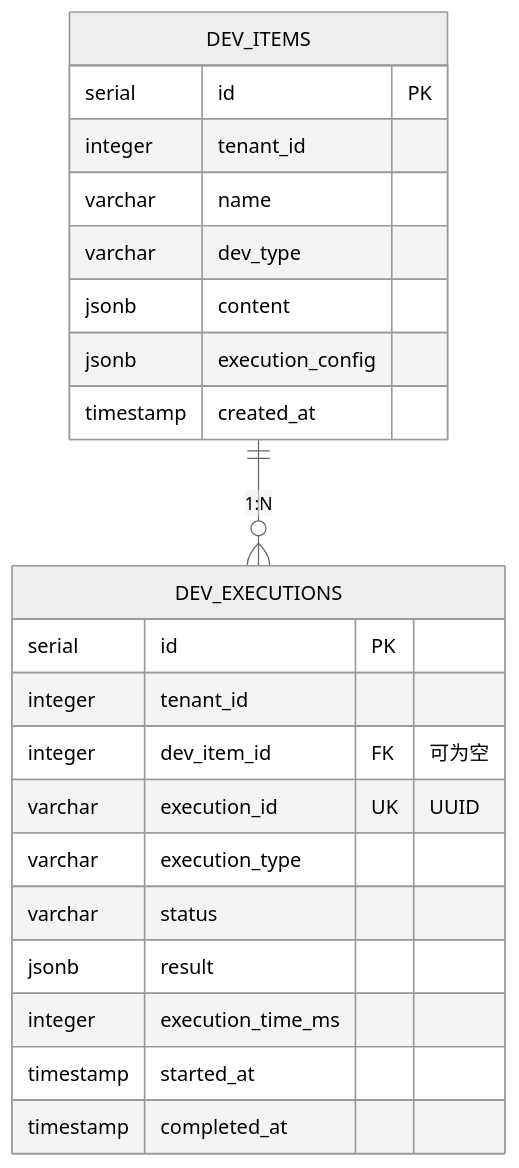
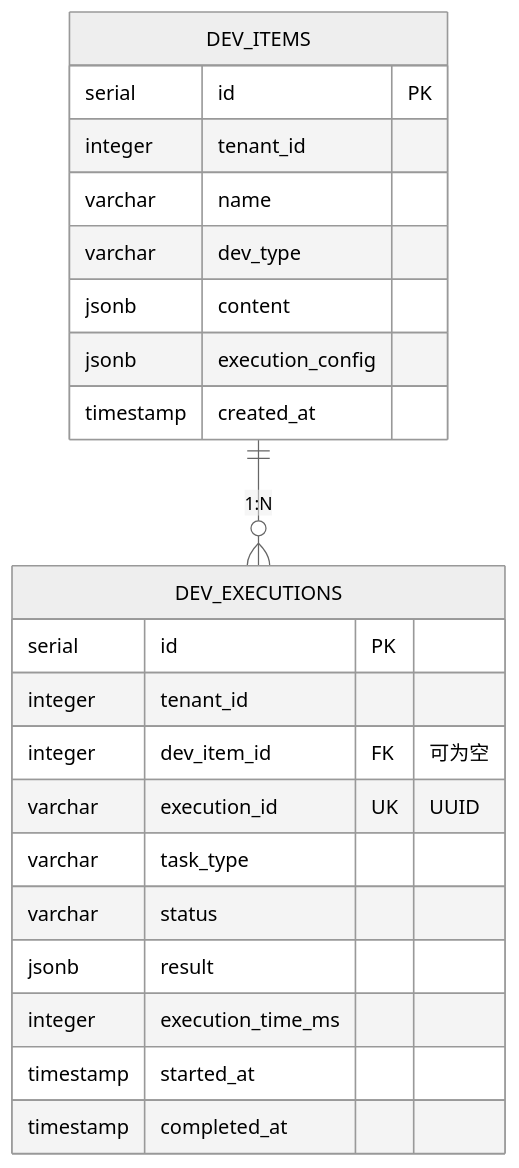
The diagram in develop/frontend/docs/数据库架构.md (pampa0629/addp), drawn with Mermaid (neutral theme) before and after one commit. The commit also changed other lines of this file and 300 other files, not shown here.

````diff
--- a/develop/frontend/docs/数据库架构.md
+++ b/develop/frontend/docs/数据库架构.md
@@ -28,27 +28,27 @@
 ```mermaid
 erDiagram
     DEV_ITEMS ||--o{ DEV_EXECUTIONS : "1:N"
     
     DEV_ITEMS {
         serial id PK
         integer tenant_id
         varchar name
         varchar dev_type
         jsonb content
         jsonb execution_config
         timestamp created_at
     }
     
     DEV_EXECUTIONS {
         serial id PK
         integer tenant_id
         integer dev_item_id FK "可为空"
         varchar execution_id UK "UUID"
-        varchar execution_type
+        varchar task_type
         varchar status
         jsonb result
         integer execution_time_ms
         timestamp started_at
         timestamp completed_at
     }
 ```
````
